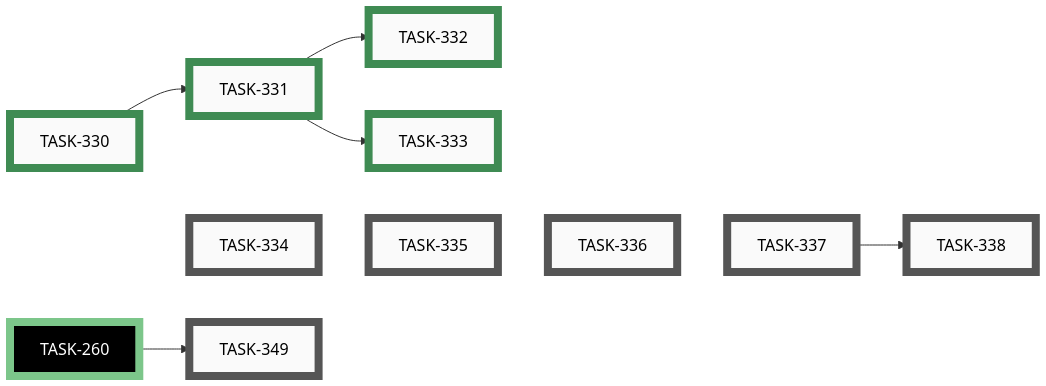
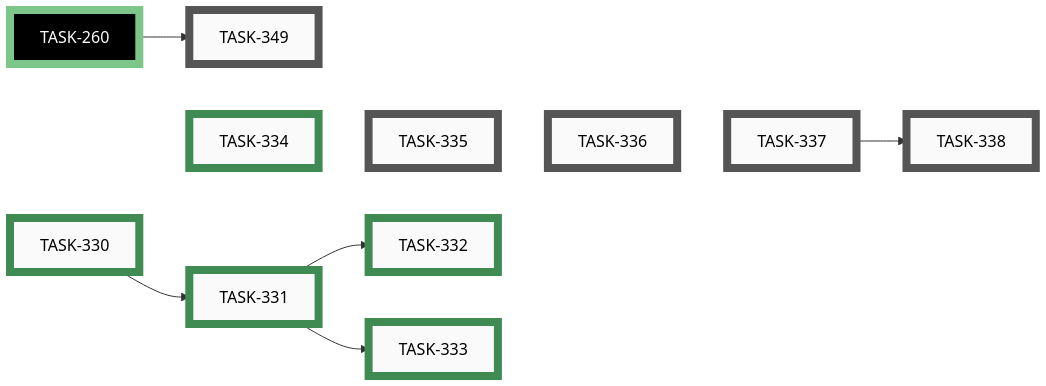
Before and after one commit to tgd1975/AwesomeStudioPedal: the eighth of 10 diagrams in docs/developers/tasks/EPICS.md, drawn with Mermaid. The commit also changed other lines of this file and 56 other files, not shown here.

First line of the commit message:
close TASK-334: Add startup splash screen (Flutter + native)

````diff
--- a/docs/developers/tasks/EPICS.md
+++ b/docs/developers/tasks/EPICS.md
@@ -296,39 +296,39 @@
 ```mermaid
 graph LR
-    TASK_334["TASK-334"]:::open
     TASK_335["TASK-335"]:::open
     TASK_336["TASK-336"]:::open
     TASK_337["TASK-337"]:::open
     TASK_338["TASK-338"]:::open
     TASK_349["TASK-349"]:::open
     TASK_330["TASK-330"]:::closed
     TASK_331["TASK-331"]:::closed
     TASK_332["TASK-332"]:::closed
     TASK_333["TASK-333"]:::closed
+    TASK_334["TASK-334"]:::closed
     TASK_260["TASK-260"]:::closedExt
     TASK_337 --> TASK_338
     TASK_260 --> TASK_349
     TASK_330 --> TASK_331
     TASK_331 --> TASK_332
     TASK_331 --> TASK_333
     TASK_330 ~~~ TASK_334 ~~~ TASK_335 ~~~ TASK_336 ~~~ TASK_337
-    click TASK_334 "open/task-334-add-startup-splash-screen.md"
     click TASK_335 "open/task-335-add-connection-status-strip-and-details-sheet.md"
     click TASK_336 "open/task-336-add-connected-pedal-page-board-only.md"
     click TASK_337 "open/task-337-firmware-expose-version-config-active-profile.md"
     click TASK_338 "open/task-338-add-hid-display-table-and-live-keystroke-page.md"
     click TASK_349 "open/task-349-display-unified-version-in-mobile-app.md"
     click TASK_330 "closed/task-330-decide-content-page-open-questions.md"
     click TASK_331 "closed/task-331-add-info-about-page.md"
     click TASK_332 "closed/task-332-add-howto-quickstart-page.md"
     click TASK_333 "closed/task-333-add-profiles-troubleshooting-legal-pages.md"
+    click TASK_334 "closed/task-334-add-startup-splash-screen.md"
     click TASK_260 "closed/task-260-unify-version-numbers-across-deliverables.md"
     classDef open    fill:#FAFAFA,stroke:#555,stroke-width:8px,color:#000
     classDef active  fill:#FAFAFA,stroke:#1A6FA8,stroke-width:8px,color:#000
     classDef closed  fill:#FAFAFA,stroke:#3F8B53,stroke-width:8px,color:#000
     classDef paused  fill:#FAFAFA,stroke:#B07810,stroke-width:8px,color:#000
     classDef openExt    fill:#000,stroke:#888,stroke-width:8px,color:#FFF
     classDef activeExt  fill:#000,stroke:#3FA9F5,stroke-width:8px,color:#FFF
     classDef closedExt  fill:#000,stroke:#7CC68A,stroke-width:8px,color:#FFF
     classDef pausedExt  fill:#000,stroke:#F0B030,stroke-width:8px,color:#FFF
 ```
````
